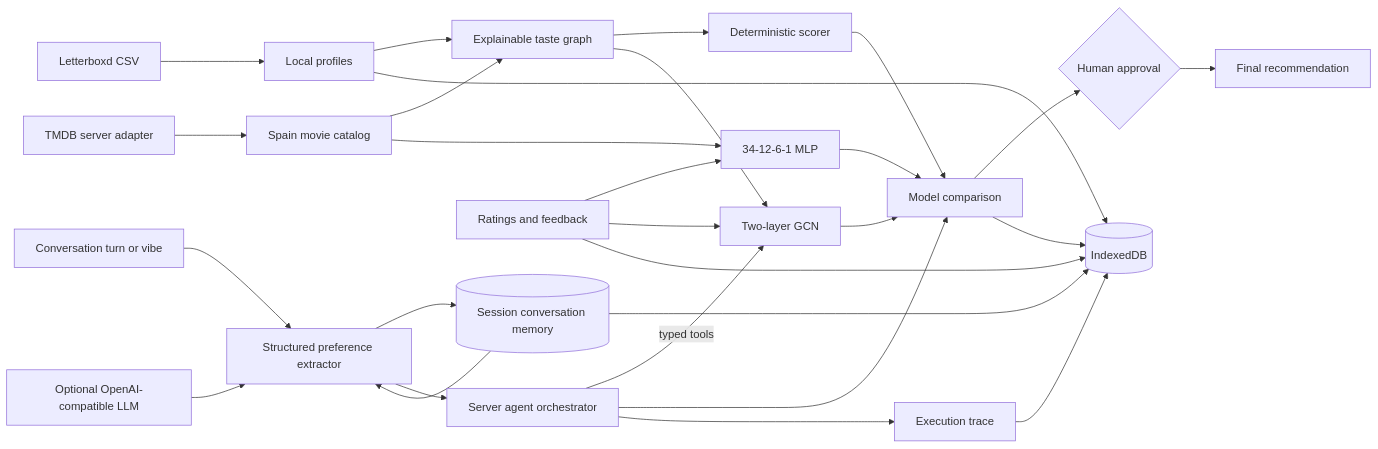
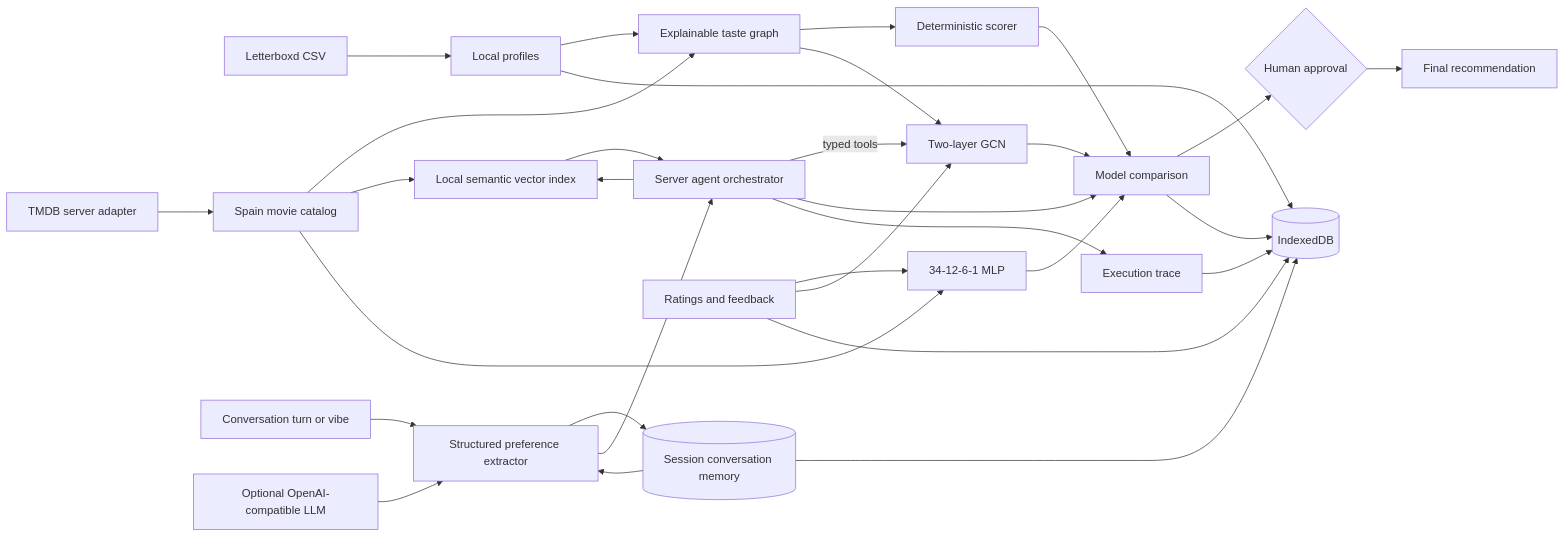
Before and after one commit to judityebra/reel-circle: the diagram in ARCHITECTURE.md, drawn with Mermaid. The commit also changed other lines of this file and 20 other files, not shown here.

````diff
--- a/ARCHITECTURE.md
+++ b/ARCHITECTURE.md
@@ -5,30 +5,33 @@
 ```mermaid
 flowchart LR
     CSV[Letterboxd CSV] --> Profiles[Local profiles]
     TMDB[TMDB server adapter] --> Catalog[Spain movie catalog]
     Profiles --> KG[Explainable taste graph]
     Catalog --> KG
     Prompt[Conversation turn or vibe] --> Parser[Structured preference extractor]
     Parser --> Memory[(Session conversation memory)]
     Memory --> Parser
     Parser --> Agent[Server agent orchestrator]
     LLM[Optional OpenAI-compatible LLM] --> Parser
+    Agent --> Semantic[Local semantic vector index]
+    Catalog --> Semantic
+    Semantic --> Agent
     KG --> Baseline[Deterministic scorer]
     Feedback[Ratings and feedback] --> MLP[34-12-6-1 MLP]
     Feedback --> GCN[Two-layer GCN]
     Catalog --> MLP
     KG --> GCN
     Agent -->|typed tools| GCN
     Agent --> Compare[Model comparison]
     Baseline --> Compare
     MLP --> Compare
     GCN --> Compare
     Compare --> Approval{Human approval}
     Approval --> Result[Final recommendation]
     Profiles --> Store[(IndexedDB)]
     Feedback --> Store
     Compare --> Store
     Agent --> Trace[Execution trace]
     Trace --> Store
     Memory --> Store
 ```
````
